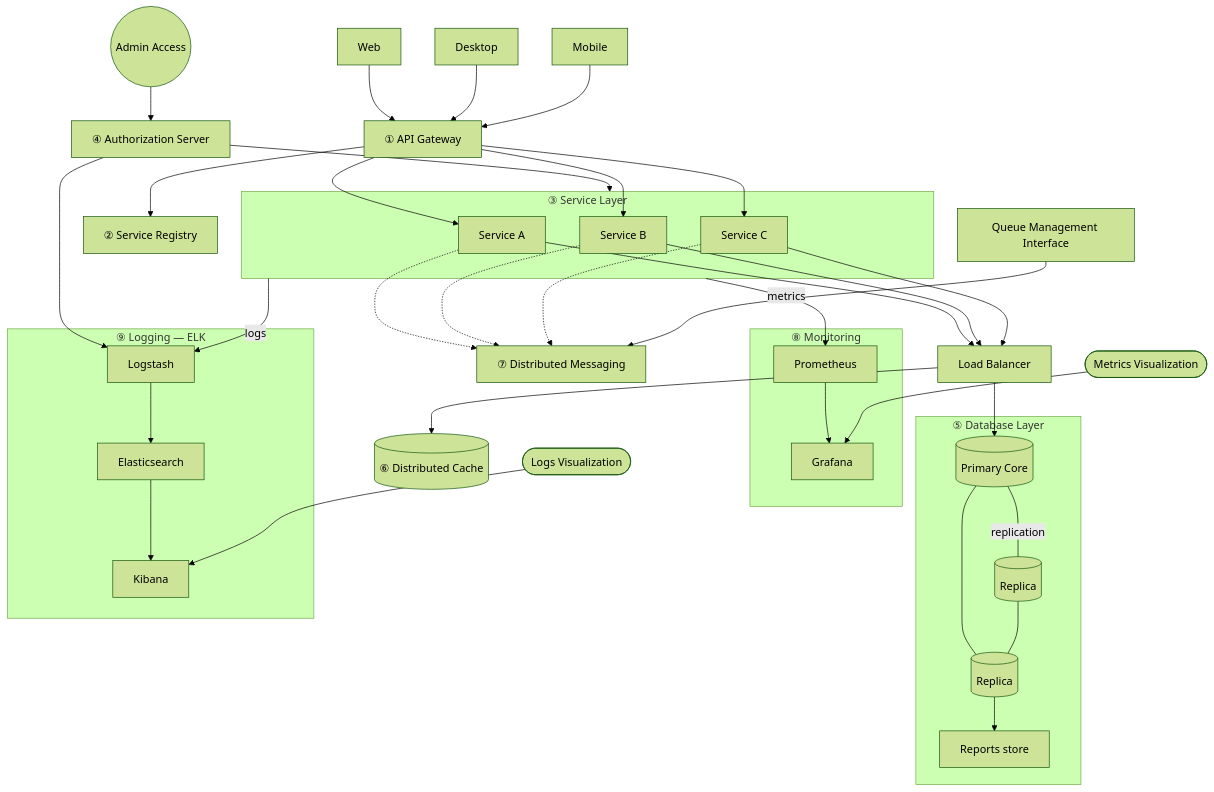
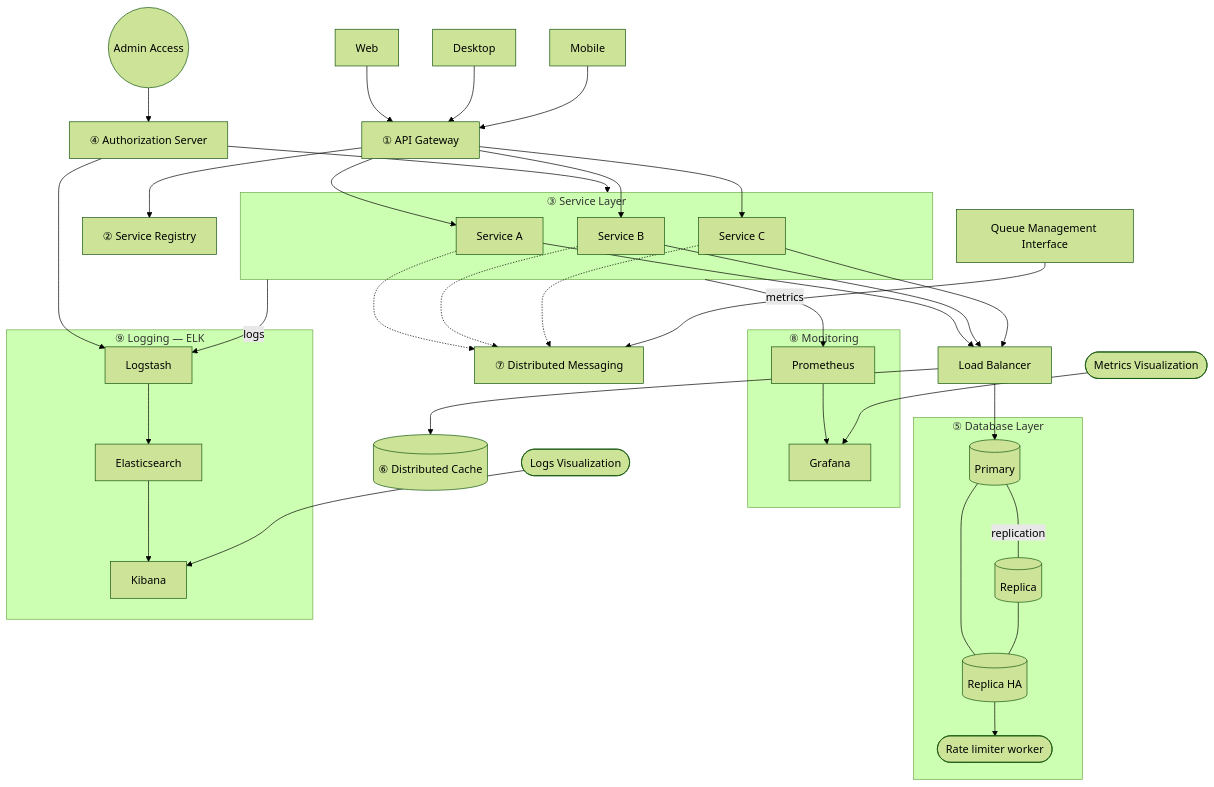
The diagram in apps/studio-site/diff-samples/flow-few.after.mmd (udamir/mmdx), drawn with Mermaid (forest theme) before and after one commit. The commit also changed 14 other files, not shown here.

```diff
--- a/apps/studio-site/diff-samples/flow-few.after.mmd
+++ b/apps/studio-site/diff-samples/flow-few.after.mmd
@@ -1,109 +1,109 @@
 flowchart TB
   web["Web"]:::client
   desktop["Desktop"]:::client
   mobile["Mobile"]:::client
   gw["① API Gateway"]:::gateway
   reg["② Service Registry"]:::core
   subgraph svc ["③ Service Layer"]
     svcA["Service A"]:::api
     svcB["Service B"]:::api
     svcC["Service C"]:::api
   end
   admin(("Admin Access"))
   auth["④ Authorization Server"]:::ui
   lb["Load Balancer"]
   cache[("⑥ Distributed Cache")]:::security
   subgraph db ["⑤ Database Layer"]
-    db1[("Primary Core")]:::infra
+    db1[("Primary")]:::infra
     db2[("Replica")]:::infra
-    db3[("Replica")]:::infra
-    n1["Reports store"]
+    db3[("Replica HA")]:::infra
+    n1(["Rate limiter worker"])
   end
   msg["⑦ Distributed Messaging"]:::event-bus
   queue["Queue Management Interface"]:::service
   subgraph mon ["⑧ Monitoring"]
     prom["Prometheus"]:::metrics
     grafana["Grafana"]:::metrics
   end
   mviz(["Metrics Visualization"]):::storage
   subgraph elk ["⑨ Logging — ELK"]
     logstash["Logstash"]:::analytics
     es["Elasticsearch"]:::analytics
     kibana["Kibana"]:::analytics
   end
   lviz(["Logs Visualization"]):::storage
 
   web --> gw
   desktop --> gw
   mobile --> gw
   gw --> reg
   gw --> svcA
   gw --> svcB
   gw --> svcC
   admin --> auth
   auth --> svc
   svcA -.-> msg
   svcB -.-> msg
   svcC -.-> msg
   queue --> msg
   svcA --> lb
   svcB --> lb
   svcC --> lb
   lb --> cache
   lb --> db1
   db1 ---|"replication"| db2
   db1 --- db3
   db2 --- db3
   svc -->|"metrics"| prom
   prom --> grafana
   mviz --> grafana
   svc -->|"logs"| logstash
   auth --> logstash
   logstash --> es
   es --> kibana
   lviz --> kibana
   db3 --> n1
 
 %% ---- diagram-studio layout (safe to keep: Mermaid ignores %% comments) ----
 %%@ canvas {"v":1}
 %%@ node web {"x":420,"y":110,"w":150,"h":60}
 %%@ node desktop {"x":665,"y":110,"w":150,"h":60}
 %%@ node mobile {"x":910,"y":110,"w":150,"h":60}
-%%@ node gw {"x":665,"y":330,"w":230,"h":80}
+%%@ node gw {"x":586,"y":285,"w":230,"h":80}
 %%@ node reg {"x":300,"y":330,"w":220,"h":64}
 %%@ node svcA {"x":390,"y":610,"w":220,"h":64}
 %%@ node svcB {"x":665,"y":610,"w":220,"h":64}
 %%@ node svcC {"x":940,"y":610,"w":220,"h":64}
 %%@ node admin {"x":1440,"y":330,"w":130,"h":130}
 %%@ node auth {"x":1440,"y":610,"w":290,"h":80}
 %%@ node msg {"x":420,"y":960,"w":290,"h":80,"fontSize":15}
-%%@ node queue {"x":519,"y":1282,"w":290,"h":64}
+%%@ node queue {"x":420,"y":1200,"w":290,"h":64}
 %%@ node lb {"x":790,"y":960,"w":180,"h":64}
 %%@ node cache {"x":1090,"y":960,"w":200,"h":90}
 %%@ node db1 {"x":940,"y":1250,"w":130,"h":80}
 %%@ node db2 {"x":790,"y":1410,"w":130,"h":80}
 %%@ node db3 {"x":1090,"y":1410,"w":130,"h":80}
 %%@ node prom {"x":110,"y":960,"w":180,"h":64}
 %%@ node grafana {"x":110,"y":1180,"w":180,"h":64}
 %%@ node mviz {"x":110,"y":1420,"w":200,"h":60}
 %%@ node logstash {"x":1440,"y":900,"w":220,"h":64}
 %%@ node es {"x":1440,"y":1060,"w":220,"h":64}
 %%@ node kibana {"x":1440,"y":1220,"w":220,"h":64}
 %%@ node lviz {"x":1440,"y":1420,"w":220,"h":60}
 %%@ edge svcA->msg {"preset":"event"}
 %%@ edge svcB->msg {"preset":"event"}
 %%@ edge svcC->msg {"preset":"event"}
 %%@ edge queue->msg {"preset":"event"}
 %%@ edge db1->db2 {"preset":"sync"}
 %%@ edge db1->db3 {"preset":"sync"}
 %%@ edge db2->db3 {"preset":"sync"}
 %%@ edge svc->prom {"preset":"write"}
 %%@ edge prom->grafana {"preset":"write"}
 %%@ edge mviz->grafana {"preset":"write"}
 %%@ edge svc->logstash {"preset":"logs"}
 %%@ edge auth->logstash {"preset":"logs"}
 %%@ edge logstash->es {"preset":"logs"}
 %%@ edge es->kibana {"preset":"logs"}
 %%@ edge lviz->kibana {"preset":"logs"}
 %%@ edge lb->cache {"preset":"read"}
-%%@ edge gw->svcA {"preset":"rest"}
+%%@ edge mobile->gw {"preset":"alert"}
```
